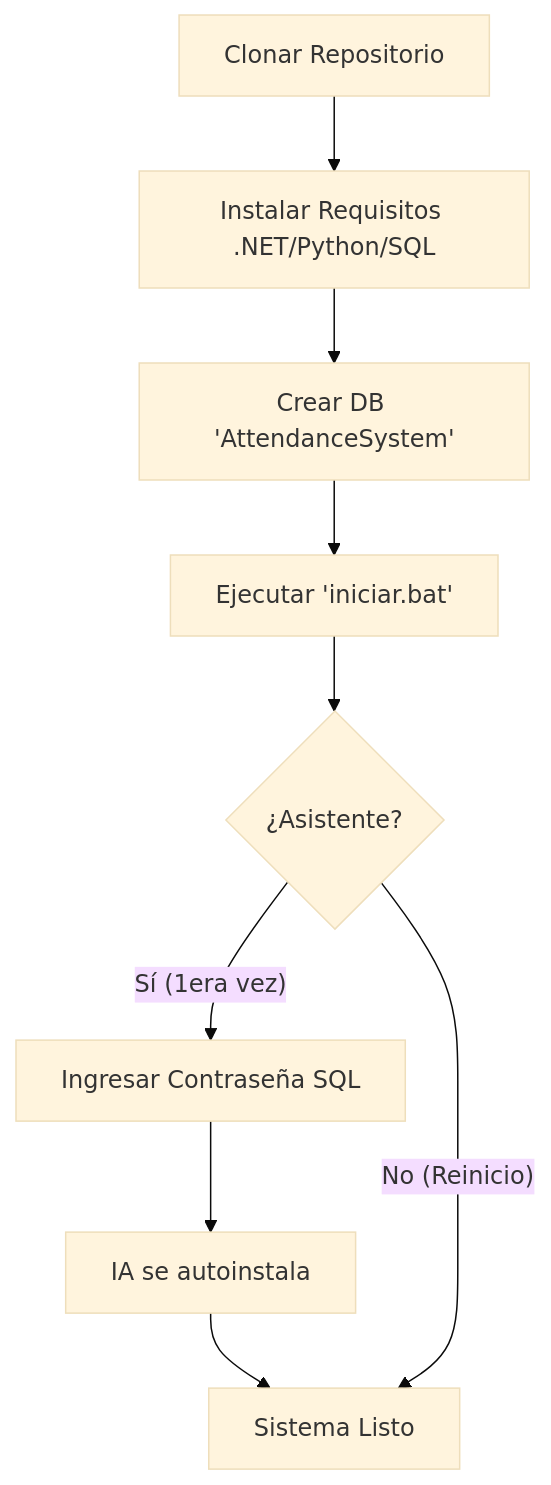
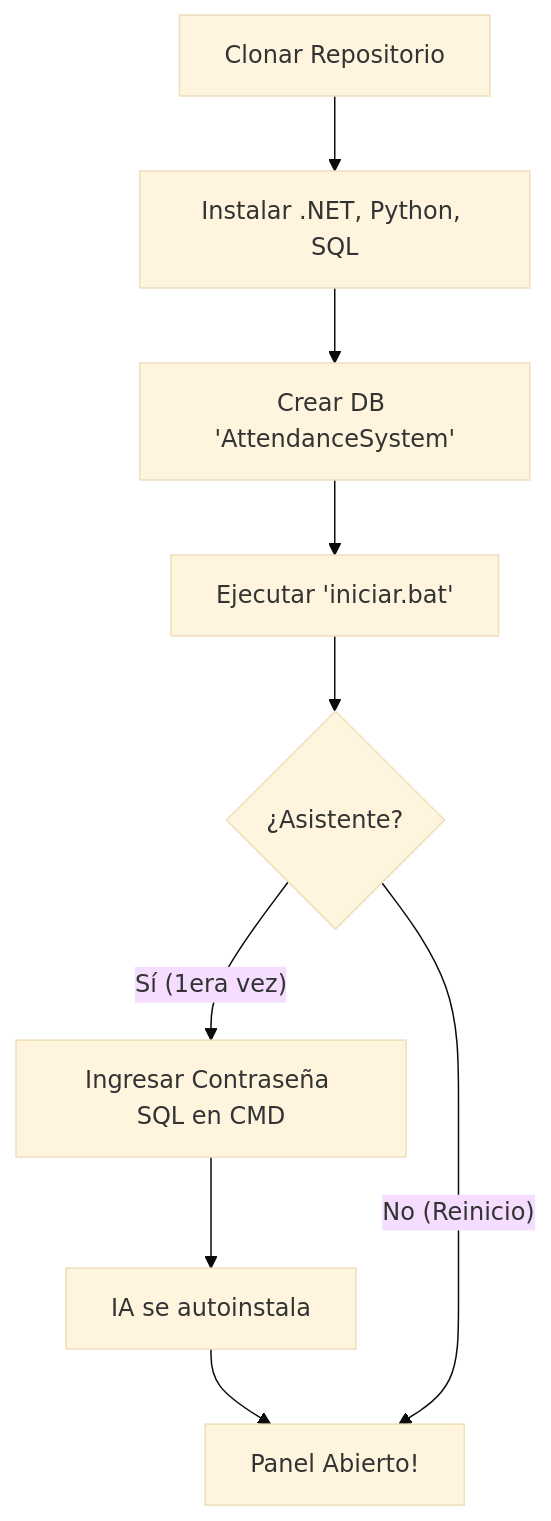
The diagram in docs/instalacion/index.md (ramarstudio/RAMar_Repo), drawn with Mermaid (base theme) before and after one commit. The commit also changed other lines of this file and 2 other files, not shown here.

````diff
--- a/docs/instalacion/index.md
+++ b/docs/instalacion/index.md
@@ -11,11 +21,11 @@
 ```mermaid
 graph TD
-    A[Clonar Repositorio] --> B[Instalar Requisitos .NET/Python/SQL]
+    A[Clonar Repositorio] --> B[Instalar .NET, Python, SQL]
     B --> C[Crear DB 'AttendanceSystem']
     C --> D[Ejecutar 'iniciar.bat']
     D --> E{¿Asistente?}
-    E -- Sí (1era vez) --> F[Ingresar Contraseña SQL]
+    E -- Sí (1era vez) --> F[Ingresar Contraseña SQL en CMD]
     F --> G[IA se autoinstala]
-    G --> H[Sistema Listo]
+    G --> H[Panel Abierto!]
     E -- No (Reinicio) --> H
 ```
````
